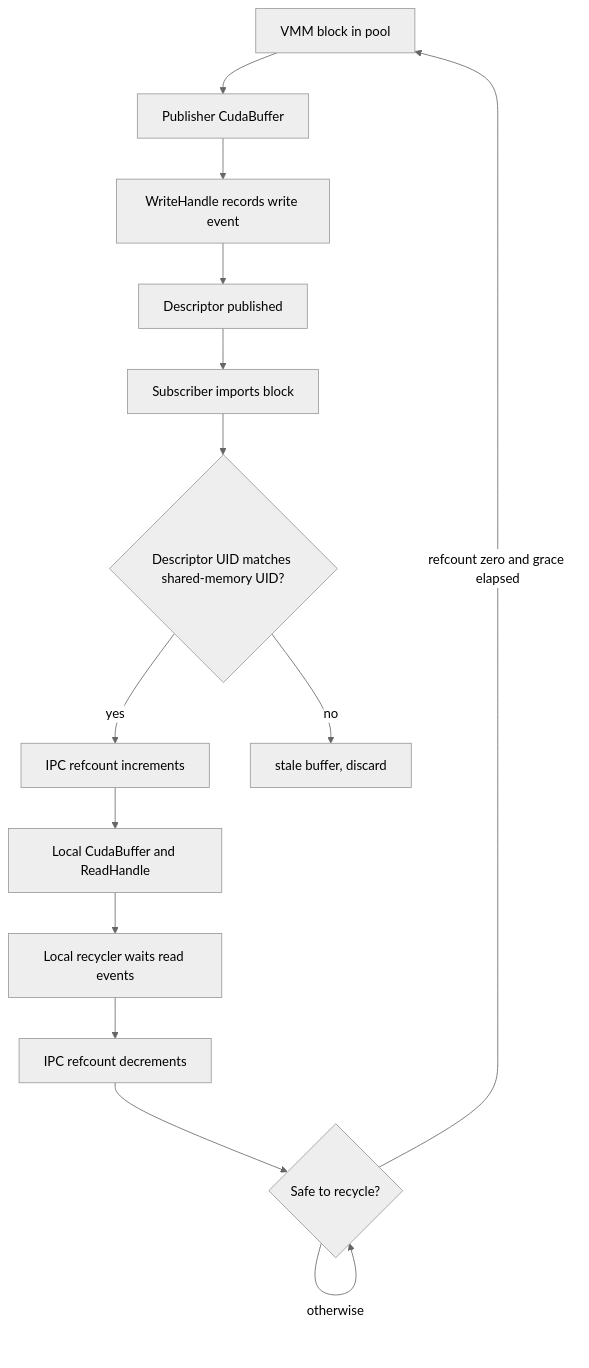
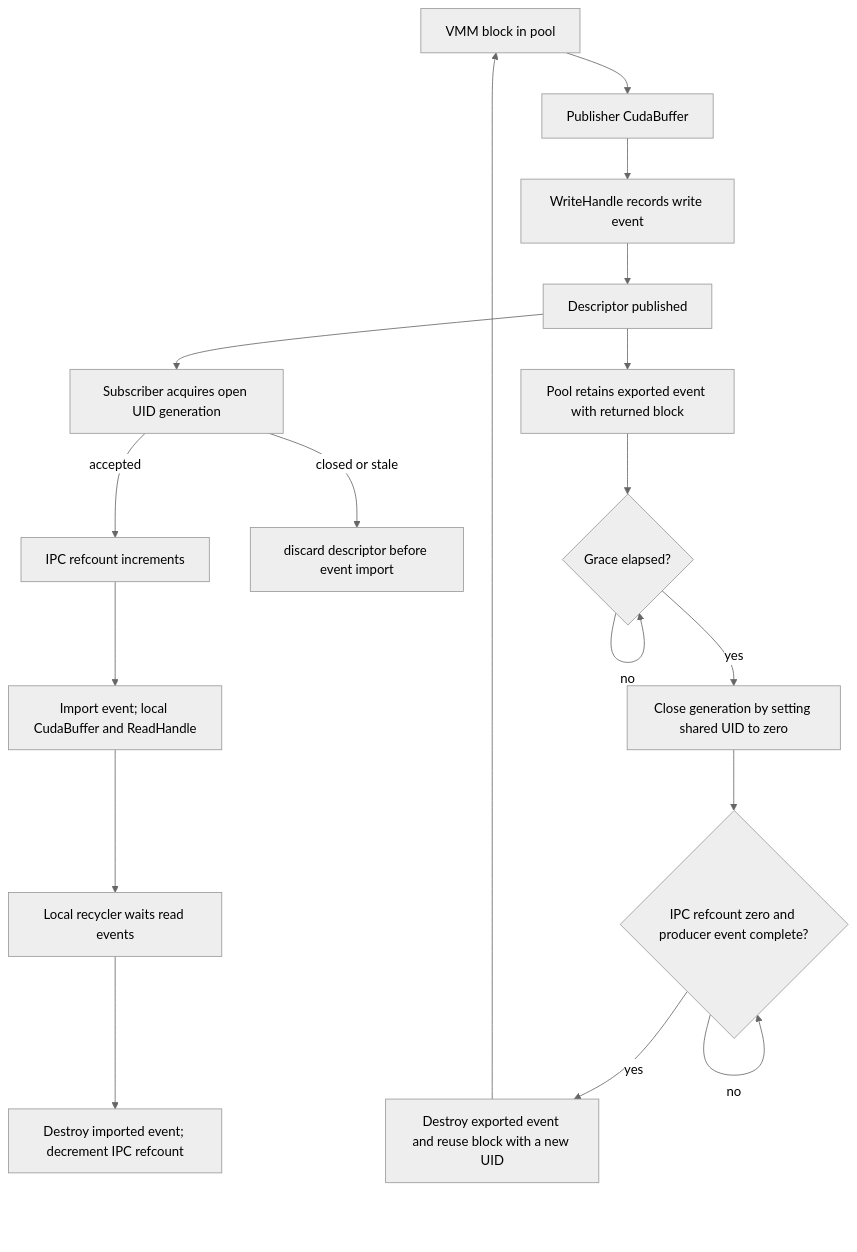
One commit to ros2/rosidl_buffer_backends changed the fourth of 4 diagrams in cuda_buffer_backend/docs/cuda_buffer_backend_design.md. Above: the diagram before and after it, drawn with Mermaid (neutral theme). The commit also changed other lines of this file and 8 other files, not shown here.

First line of the commit message:
Retire CUDA IPC events safely and scan pending cleanup

````diff
--- a/cuda_buffer_backend/docs/cuda_buffer_backend_design.md
+++ b/cuda_buffer_backend/docs/cuda_buffer_backend_design.md
@@ -105,18 +105,22 @@
 ```mermaid
 flowchart TD
   A["VMM block in pool"] --> B["Publisher CudaBuffer"]
   B --> C["WriteHandle records write event"]
   C --> D["Descriptor published"]
 
-  D --> E["Subscriber imports block"]
-  E --> F{"Descriptor UID matches shared-memory UID?"}
-  F -->|"yes"| G["IPC refcount increments"]
-  F -->|"no"| S["stale buffer, discard"]
-  G --> H["Local CudaBuffer and ReadHandle"]
+  D --> E["Subscriber acquires open UID generation"]
+  E -->|"accepted"| G["IPC refcount increments"]
+  E -->|"closed or stale"| S["discard descriptor before event import"]
+  G --> H["Import event; local CudaBuffer and ReadHandle"]
   H --> I["Local recycler waits read events"]
-  I --> J["IPC refcount decrements"]
+  I --> J["Destroy imported event; decrement IPC refcount"]
 
-  J --> K{"Safe to recycle?"}
-  K -->|"refcount zero and grace elapsed"| A
-  K -->|"otherwise"| K
+  D --> P["Pool retains exported event with returned block"]
+  P --> K{"Grace elapsed?"}
+  K -->|"yes"| L["Close generation by setting shared UID to zero"]
+  K -->|"no"| K
+  L --> M{"IPC refcount zero and producer event complete?"}
+  M -->|"yes"| N["Destroy exported event and reuse block with a new UID"]
+  M -->|"no"| M
+  N --> A
 ```
````
